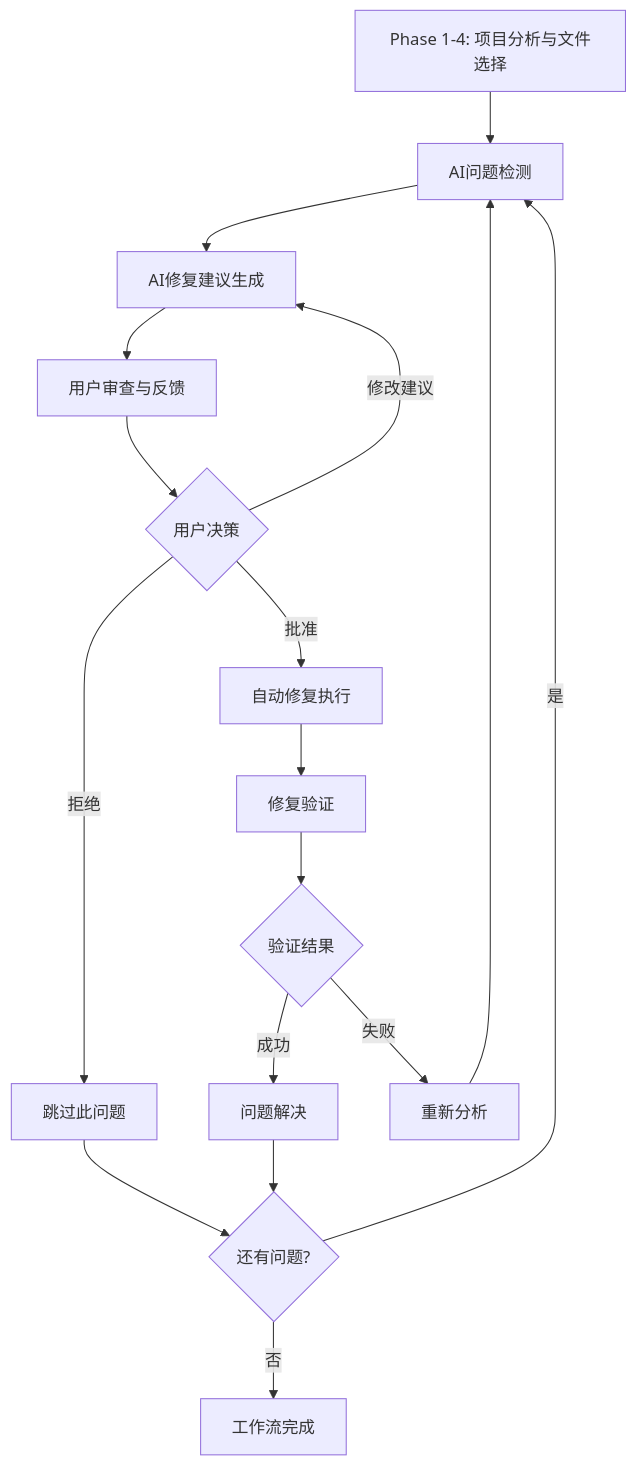
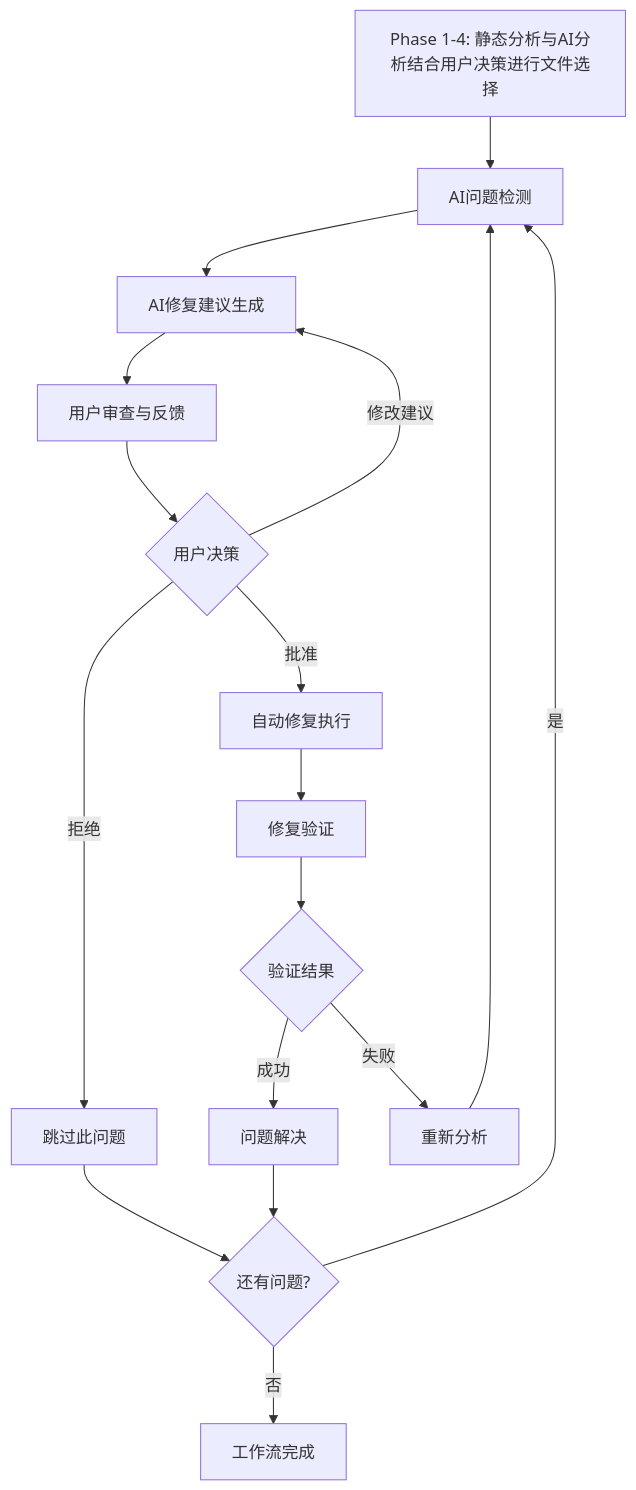
One commit to 3uyuan1ee/Fix_agent changed the diagram in TASK_项目分析功能.md. Above: the diagram before and after it, drawn with Mermaid. The commit also changed other lines of this file, not shown here.

````diff
--- a/TASK_项目分析功能.md
+++ b/TASK_项目分析功能.md
@@ -435,19 +458,19 @@
 ```mermaid
 graph TD
-    A[Phase 1-4: 项目分析与文件选择] --> B[AI问题检测]
+    A[Phase 1-4: 静态分析与AI分析结合用户决策进行文件选择] --> B[AI问题检测]
     B --> C[AI修复建议生成]
     C --> D[用户审查与反馈]
     D --> E{用户决策}
     E -->|批准| F[自动修复执行]
     E -->|修改建议| C
     E -->|拒绝| G[跳过此问题]
     F --> H[修复验证]
     H --> I{验证结果}
     I -->|成功| J[问题解决]
     I -->|失败| K[重新分析]
     K --> B
     G --> L{还有问题?}
     J --> L
     L -->|是| B
     L -->|否| M[工作流完成]
 ```
````
